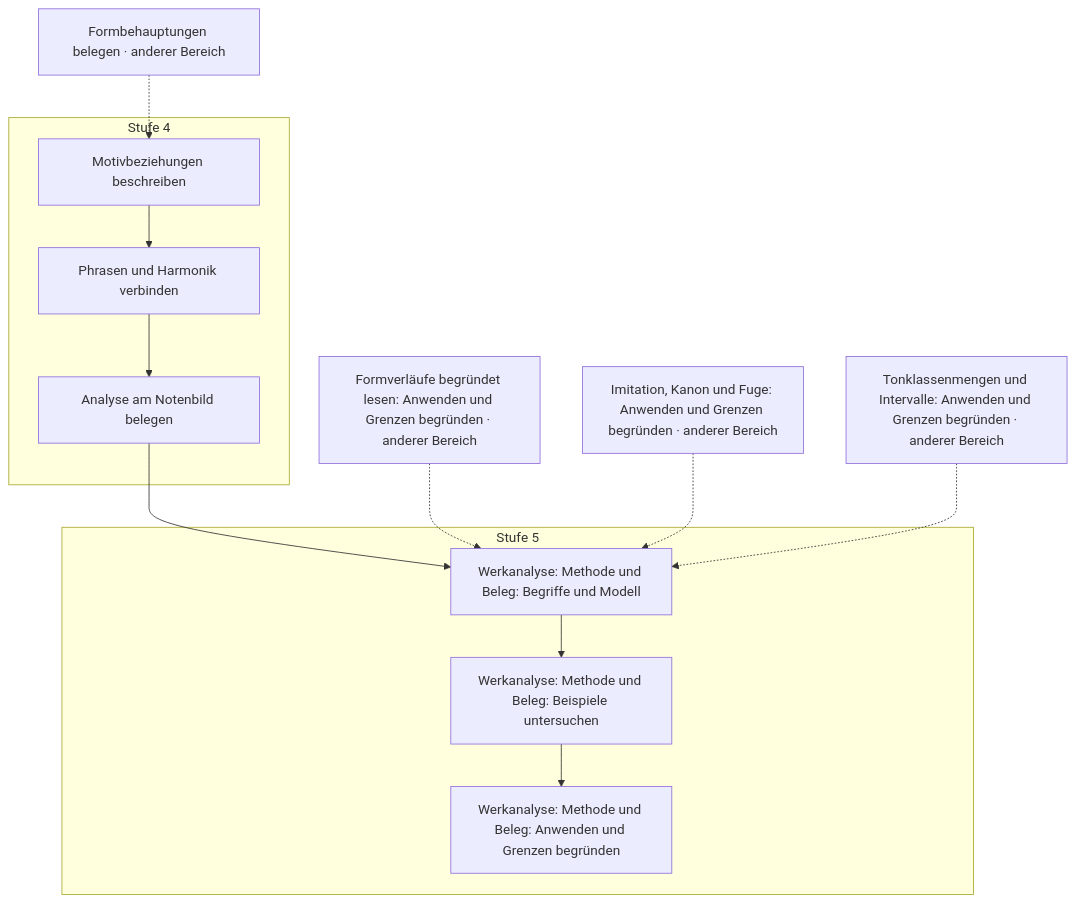
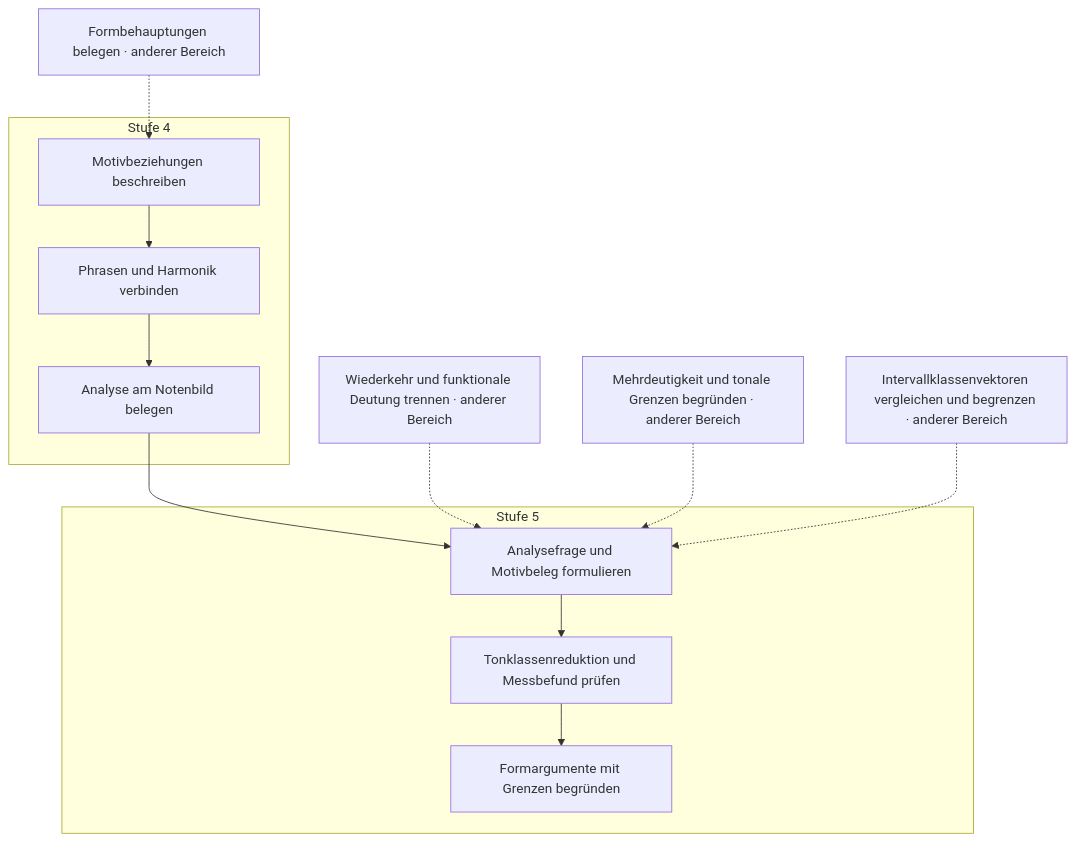
Before and after one commit to PhiFa96/harmonia: diagram 15 of 19 in docs/plan/faehigkeitsgraph-diagramme.md, drawn with Mermaid. The commit also changed other lines of this file and 41 other files, not shown here.

````diff
--- a/docs/plan/faehigkeitsgraph-diagramme.md
+++ b/docs/plan/faehigkeitsgraph-diagramme.md
@@ -1116,26 +1116,26 @@
 ```mermaid
 flowchart TD
   subgraph level4["Stufe 4"]
     s147["Motivbeziehungen beschreiben"]
     s148["Phrasen und Harmonik verbinden"]
     s149["Analyse am Notenbild belegen"]
   end
   subgraph level5["Stufe 5"]
-    s190["Werkanalyse: Methode und Beleg: Begriffe und Modell"]
-    s191["Werkanalyse: Methode und Beleg: Beispiele untersuchen"]
-    s192["Werkanalyse: Methode und Beleg: Anwenden und Grenzen begründen"]
+    s190["Analysefrage und Motivbeleg formulieren"]
+    s191["Tonklassenreduktion und Messbefund prüfen"]
+    s192["Formargumente mit Grenzen begründen"]
   end
   s146["Formbehauptungen belegen · anderer Bereich"]
-  s183["Formverläufe begründet lesen: Anwenden und Grenzen begründen · anderer Bereich"]
-  s180["Imitation, Kanon und Fuge: Anwenden und Grenzen begründen · anderer Bereich"]
-  s189["Tonklassenmengen und Intervalle: Anwenden und Grenzen begründen · anderer Bereich"]
+  s183["Wiederkehr und funktionale Deutung trennen · anderer Bereich"]
+  s180["Mehrdeutigkeit und tonale Grenzen begründen · anderer Bereich"]
+  s189["Intervallklassenvektoren vergleichen und begrenzen · anderer Bereich"]
   s146 -.-> s147
   s147 --> s148
   s148 --> s149
   s149 --> s190
   s183 -.-> s190
   s180 -.-> s190
   s189 -.-> s190
   s190 --> s191
   s191 --> s192
 ```
````
